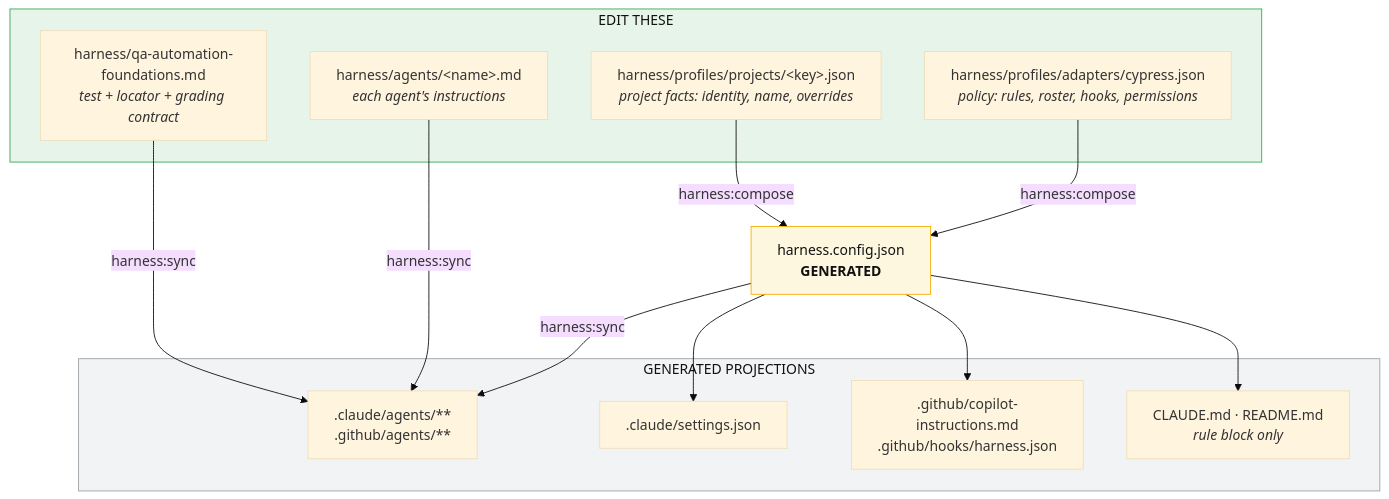
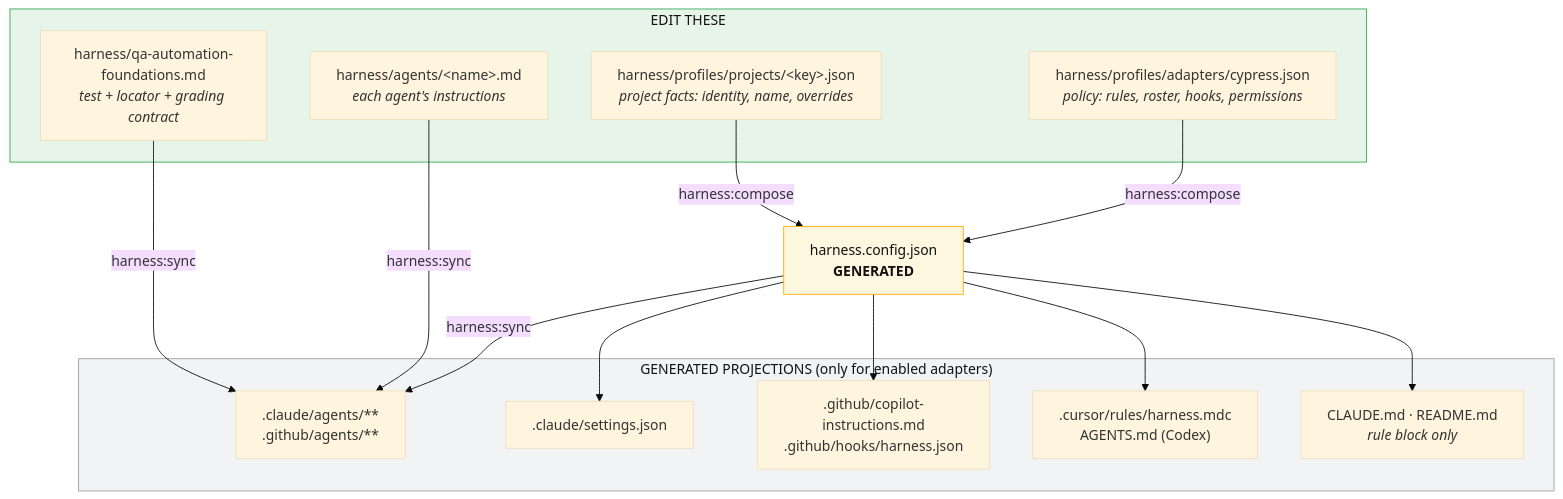
The third of 6 diagrams in docs/START-HERE.md (lfyagya/AI-Agentic-Test-Development), drawn with Mermaid (base theme) before and after one commit. The commit also changed other lines of this file and 94 other files, not shown here.

First line of the commit message:
Wire cross-tool harness projections with pinned Cypress skills.

````diff
--- a/docs/START-HERE.md
+++ b/docs/START-HERE.md
@@ -133,31 +150,33 @@
 ```mermaid
 flowchart TD
     subgraph EDIT["EDIT THESE"]
         A["harness/profiles/adapters/cypress.json<br/><i>policy: rules, roster, hooks, permissions</i>"]
         B["harness/profiles/projects/&lt;key&gt;.json<br/><i>project facts: identity, name, overrides</i>"]
         C["harness/agents/&lt;name&gt;.md<br/><i>each agent's instructions</i>"]
         D["harness/qa-automation-foundations.md<br/><i>test + locator + grading contract</i>"]
     end
 
     CFG["harness.config.json<br/><b>GENERATED</b>"]
 
-    subgraph PROJ["GENERATED PROJECTIONS"]
+    subgraph PROJ["GENERATED PROJECTIONS (only for enabled adapters)"]
         P1[".claude/agents/**<br/>.github/agents/**"]
         P2[".claude/settings.json"]
         P3[".github/copilot-instructions.md<br/>.github/hooks/harness.json"]
+        P5[".cursor/rules/harness.mdc<br/>AGENTS.md (Codex)"]
         P4["CLAUDE.md · README.md<br/><i>rule block only</i>"]
     end
 
     A -- "harness:compose" --> CFG
     B -- "harness:compose" --> CFG
     CFG -- "harness:sync" --> P1
     CFG --> P2
     CFG --> P3
+    CFG --> P5
     CFG --> P4
     C -- "harness:sync" --> P1
     D -- "harness:sync" --> P1
 
     style EDIT fill:#e6f4ea,stroke:#34a853,color:#111
     style CFG fill:#fef7e0,stroke:#f9ab00,color:#111
     style PROJ fill:#f1f3f4,stroke:#9aa0a6,color:#111
 ```
````
